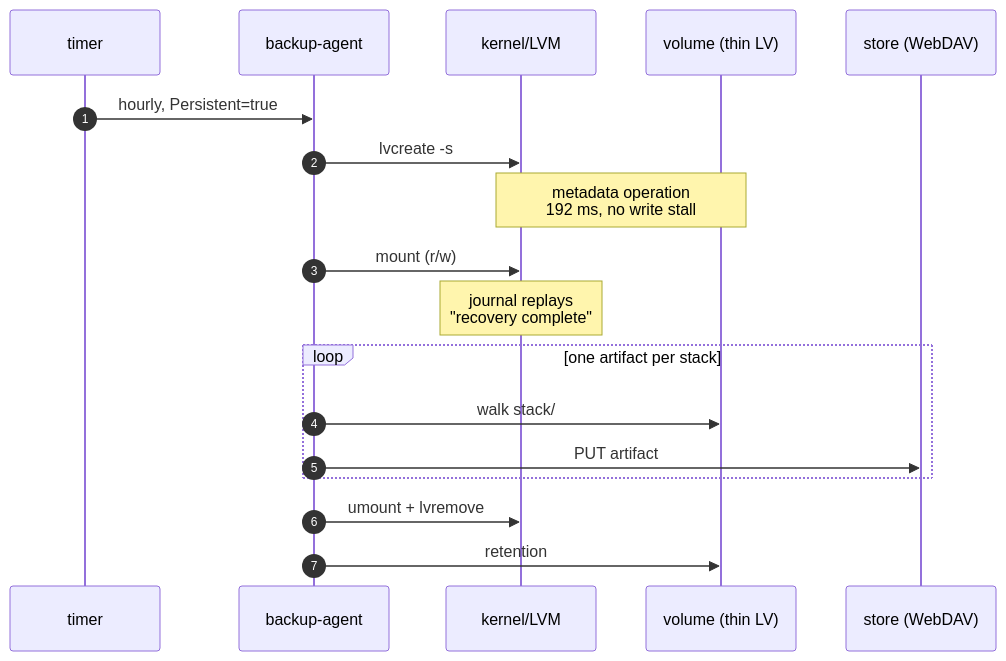
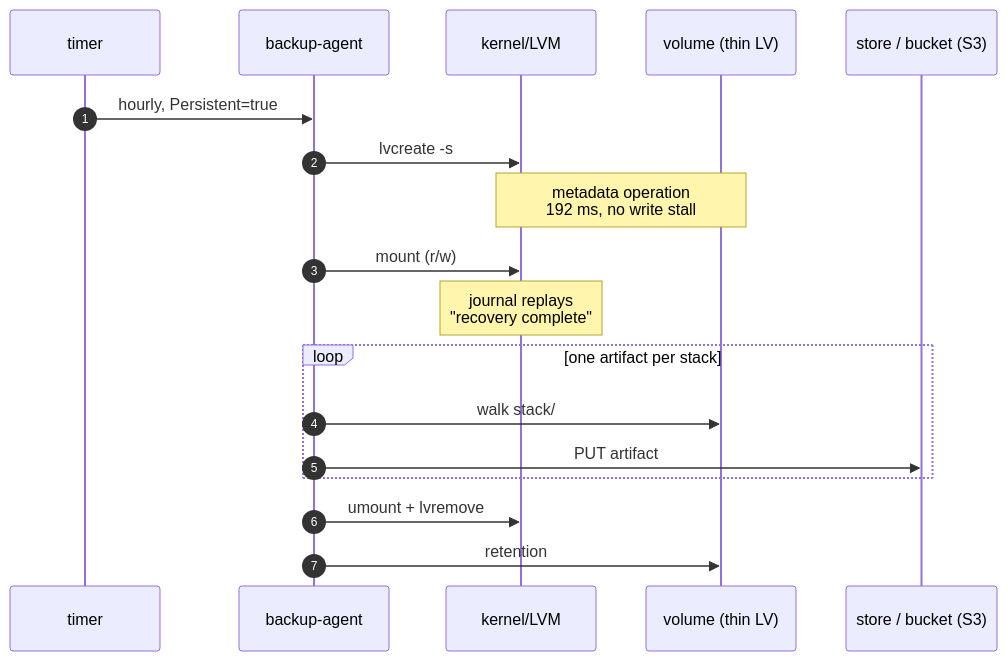
The third of 9 diagrams in docs/storage-and-databases.md (hazemarian/poor-man-cluster), drawn with Mermaid before and after one commit. The commit also changed other lines of this file and 5 other files, not shown here.

````diff
--- a/docs/storage-and-databases.md
+++ b/docs/storage-and-databases.md
@@ -281,20 +281,20 @@
 ```mermaid
 sequenceDiagram
  autonumber
  participant T as timer
  participant A as backup-agent
  participant K as kernel/LVM
  participant V as volume (thin LV)
- participant S as store (WebDAV)
+ participant S as store / bucket (S3)
  T->>A: hourly, Persistent=true
  A->>K: lvcreate -s
  Note over K,V: metadata operation<br/>192 ms, no write stall
  A->>K: mount (r/w)
  Note over K: journal replays<br/>"recovery complete"
  loop one artifact per stack
    A->>V: walk stack/
    A->>S: PUT artifact
  end
  A->>K: umount + lvremove
  A->>V: retention
 ```
````
